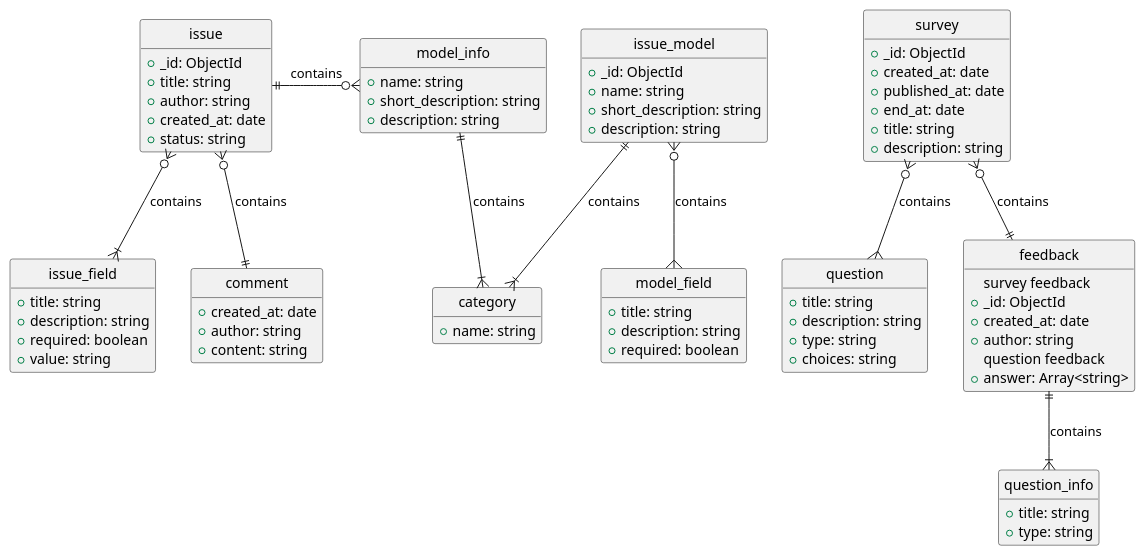
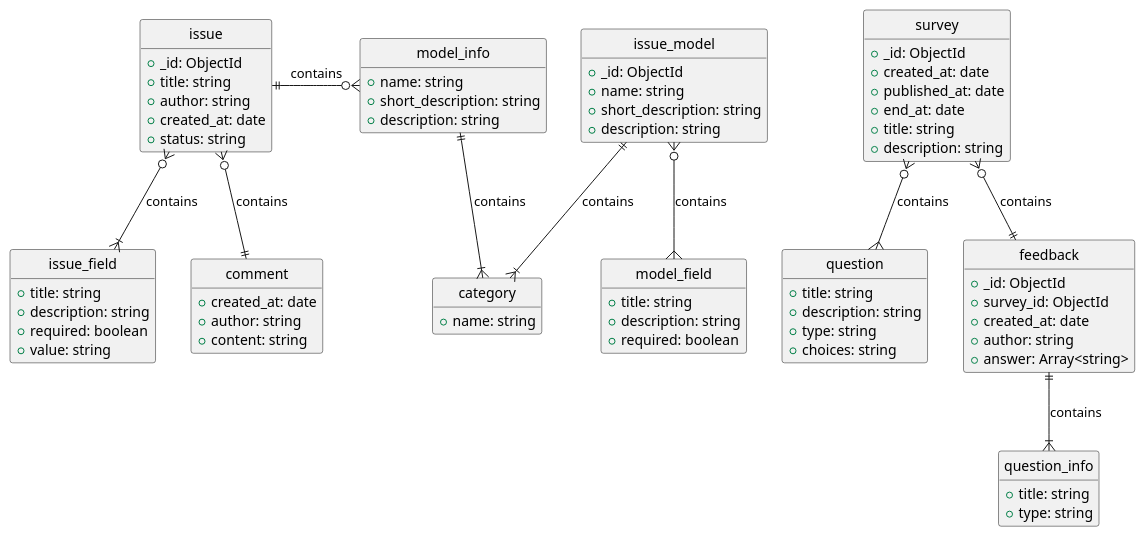
One commit to iShoFen/codefirst-support changed the diagram in docs/api/mcd.md. Above: the diagram before and after it, drawn with PlantUML.

Commit message:
📝 fix mcd diagram

```diff
--- a/docs/api/mcd.md
+++ b/docs/api/mcd.md
@@ -70,11 +70,10 @@
 }
 
 entity "feedback" as feedback {
-  survey feedback
   +_id: ObjectId
+  +survey_id: ObjectId
   +created_at: date
   +author: string
-  question feedback
   +answer: Array<string>
 }
 
```
